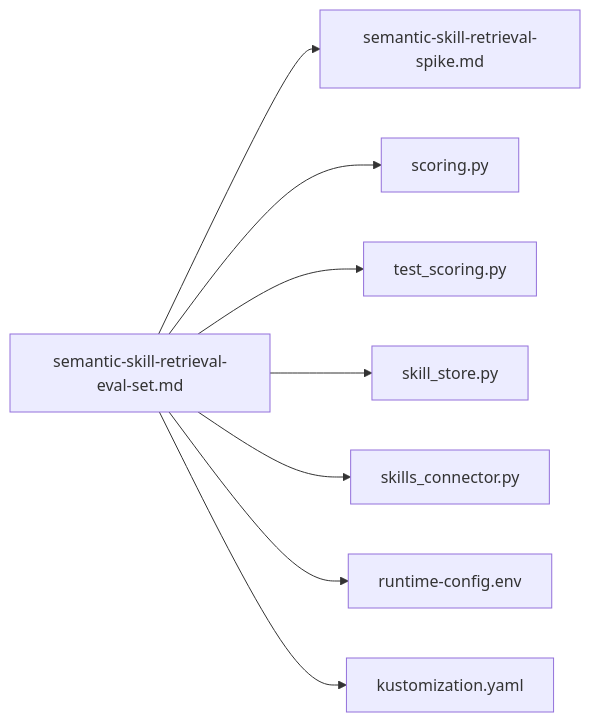
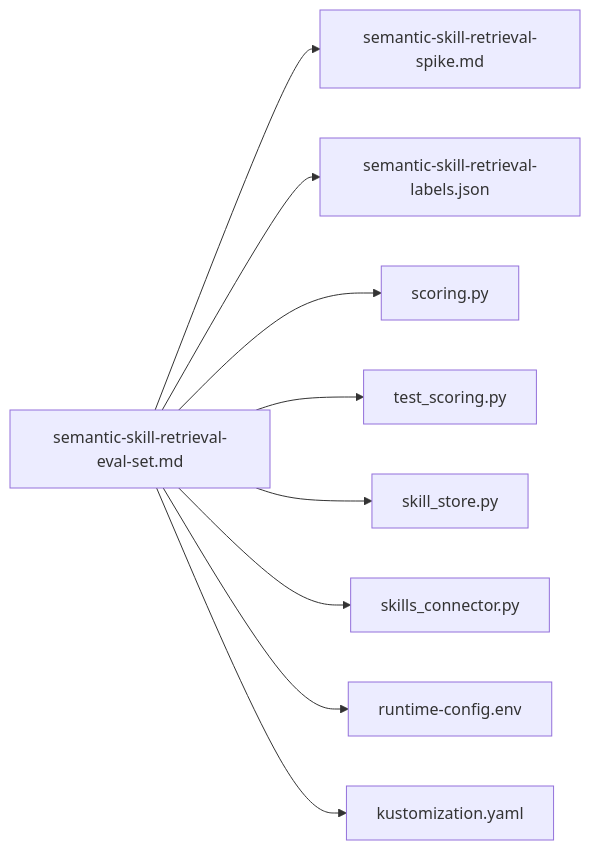
The seventh of 7 diagrams in .qoder/repowiki/en/content/Operator Portal/Workspace Management/Semantic Skill Retrieval Evaluation Set.md (alainlei/luban-aiops), drawn with Mermaid before and after one commit. The commit also changed other lines of this file and 14 other files, not shown here.

````diff
--- a/.qoder/repowiki/en/content/Operator Portal/Workspace Management/Semantic Skill Retrieval Evaluation Set.md
+++ b/.qoder/repowiki/en/content/Operator Portal/Workspace Management/Semantic Skill Retrieval Evaluation Set.md
@@ -331,18 +380,20 @@
 ```mermaid
 graph LR
 EvalSet["semantic-skill-retrieval-eval-set.md"]
 SpikeMemo["semantic-skill-retrieval-spike.md"]
+LabelsFixture["semantic-skill-retrieval-labels.json"]
 ScorerModule["scoring.py"]
 TestSuite["test_scoring.py"]
 StoreImpl["skill_store.py"]
 Connector["skills_connector.py"]
 DevConfig["runtime-config.env"]
 Kustomization["kustomization.yaml"]
 EvalSet --> SpikeMemo
+EvalSet --> LabelsFixture
 EvalSet --> ScorerModule
 EvalSet --> TestSuite
 EvalSet --> StoreImpl
 EvalSet --> Connector
 EvalSet --> DevConfig
 EvalSet --> Kustomization
 ```
````
